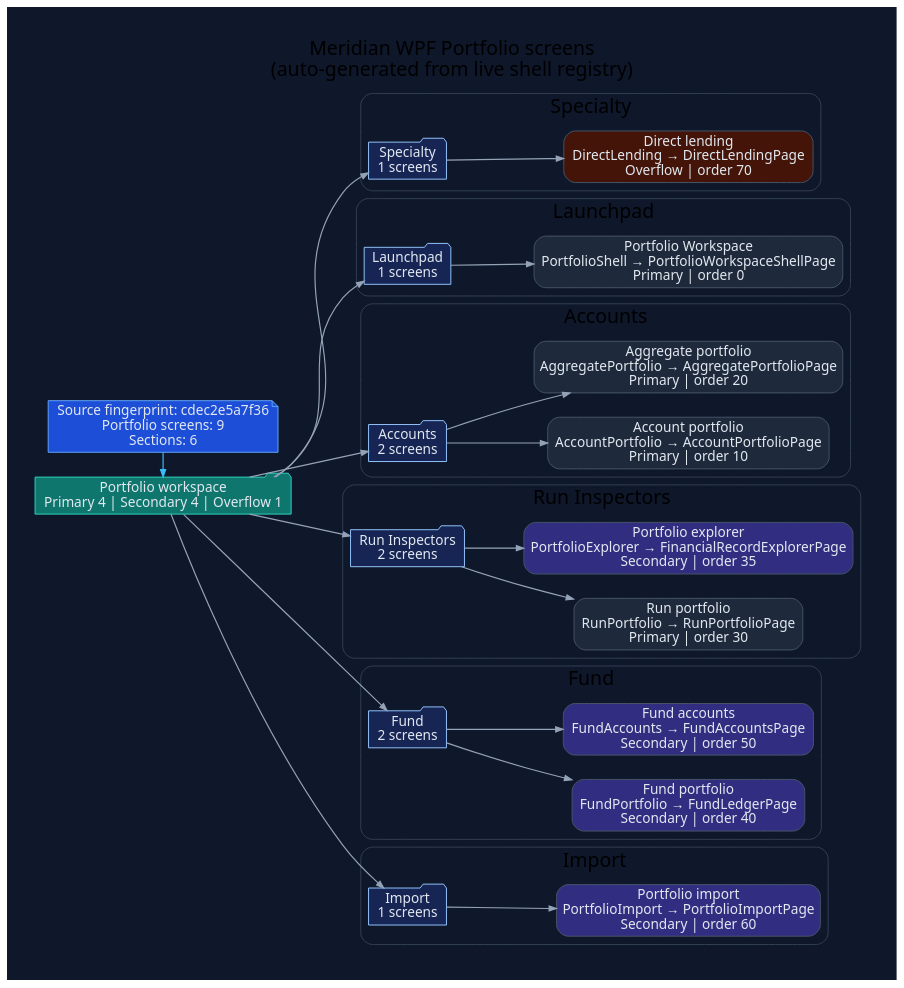
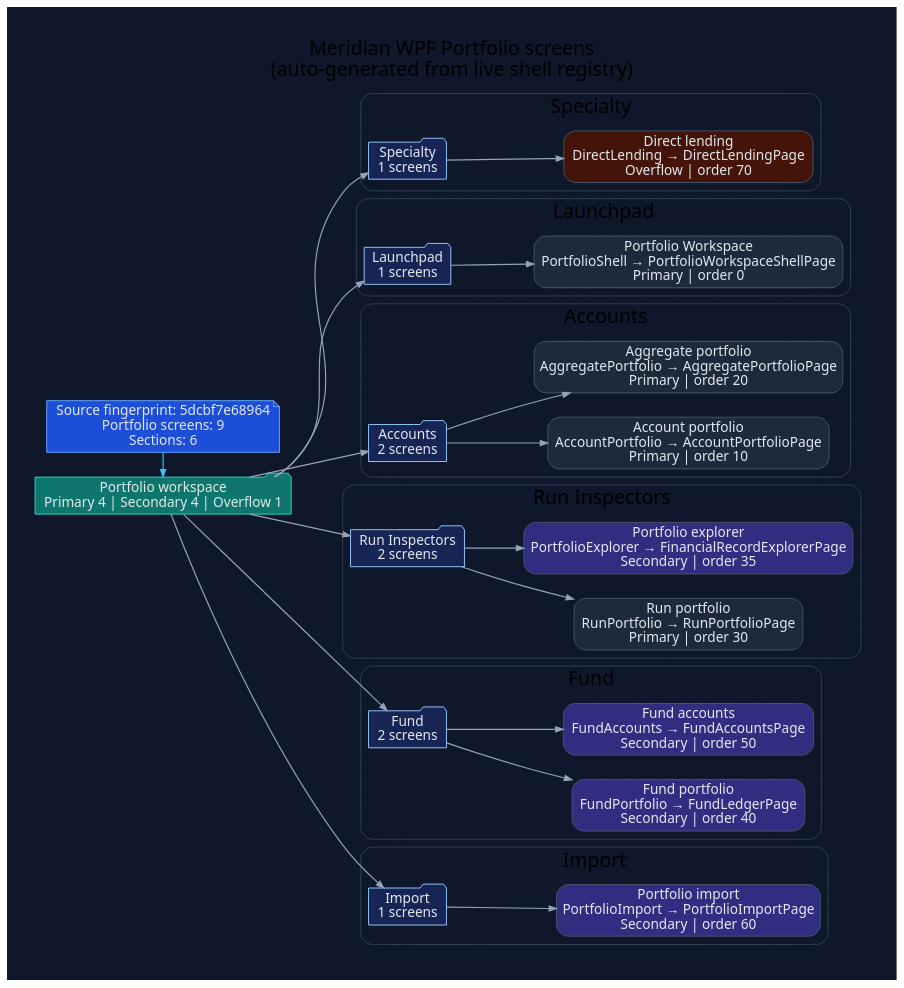
The diagram in docs/diagrams/ui/ui-wpf-screens-portfolio.dot (rodoHasArrived/Meridian-main), drawn with Graphviz before and after one commit. The commit also changed 49 other files, not shown here.

```diff
--- a/docs/diagrams/ui/ui-wpf-screens-portfolio.dot
+++ b/docs/diagrams/ui/ui-wpf-screens-portfolio.dot
@@ -1,92 +1,92 @@
 // -----------------------------------------------------------------------------
 // <auto-generated>
 // Generated by scripts/generate-diagrams.mjs.
 // Do not edit this file directly; update the WPF source files instead.
 // -----------------------------------------------------------------------------
 digraph WpfPortfolioScreens {
   graph [
     rankdir=LR,
     labelloc=t,
     label="Meridian WPF Portfolio screens\n(auto-generated from live shell registry)",
     fontname="Segoe UI",
     fontsize=20,
     pad=0.4,
     nodesep=0.35,
     ranksep=0.85,
     bgcolor="#0f172a"
   ];
   node [fontname="Segoe UI", shape=box, style="rounded,filled", color="#475569", fontcolor="#e2e8f0", fillcolor="#1e293b"];
   edge [fontname="Segoe UI", color="#94a3b8", penwidth=1.2, arrowsize=0.75];
 
-  generated [shape=note, fillcolor="#1d4ed8", color="#60a5fa", label="Source fingerprint: cdec2e5a7f36\nPortfolio screens: 9\nSections: 6"];
+  generated [shape=note, fillcolor="#1d4ed8", color="#60a5fa", label="Source fingerprint: 5dcbf7e68964\nPortfolio screens: 9\nSections: 6"];
   workspace [shape=folder, fillcolor="#0f766e", color="#2dd4bf", label="Portfolio workspace\nPrimary 4 | Secondary 4 | Overflow 1"];
   generated -> workspace [color="#38bdf8"];
 
   subgraph cluster_section_1 {
     label="Specialty";
     color="#334155";
     style="rounded";
     section_1 [shape=folder, fillcolor="#172554", color="#93c5fd", label="Specialty\n1 screens"];
     workspace -> section_1;
     screen_DirectLending [fillcolor="#431407", label="Direct lending\nDirectLending → DirectLendingPage\nOverflow | order 70"];
     section_1 -> screen_DirectLending;
   }
 
   subgraph cluster_section_2 {
     label="Launchpad";
     color="#334155";
     style="rounded";
     section_2 [shape=folder, fillcolor="#172554", color="#93c5fd", label="Launchpad\n1 screens"];
     workspace -> section_2;
     screen_PortfolioShell [fillcolor="#1e293b", label="Portfolio Workspace\nPortfolioShell → PortfolioWorkspaceShellPage\nPrimary | order 0"];
     section_2 -> screen_PortfolioShell;
   }
 
   subgraph cluster_section_3 {
     label="Accounts";
     color="#334155";
     style="rounded";
     section_3 [shape=folder, fillcolor="#172554", color="#93c5fd", label="Accounts\n2 screens"];
     workspace -> section_3;
     screen_AccountPortfolio [fillcolor="#1e293b", label="Account portfolio\nAccountPortfolio → AccountPortfolioPage\nPrimary | order 10"];
     section_3 -> screen_AccountPortfolio;
     screen_AggregatePortfolio [fillcolor="#1e293b", label="Aggregate portfolio\nAggregatePortfolio → AggregatePortfolioPage\nPrimary | order 20"];
     section_3 -> screen_AggregatePortfolio;
   }
 
   subgraph cluster_section_4 {
     label="Run Inspectors";
     color="#334155";
     style="rounded";
     section_4 [shape=folder, fillcolor="#172554", color="#93c5fd", label="Run Inspectors\n2 screens"];
     workspace -> section_4;
     screen_RunPortfolio [fillcolor="#1e293b", label="Run portfolio\nRunPortfolio → RunPortfolioPage\nPrimary | order 30"];
     section_4 -> screen_RunPortfolio;
     screen_PortfolioExplorer [fillcolor="#312e81", label="Portfolio explorer\nPortfolioExplorer → FinancialRecordExplorerPage\nSecondary | order 35"];
     section_4 -> screen_PortfolioExplorer;
   }
 
   subgraph cluster_section_5 {
     label="Fund";
     color="#334155";
     style="rounded";
     section_5 [shape=folder, fillcolor="#172554", color="#93c5fd", label="Fund\n2 screens"];
     workspace -> section_5;
     screen_FundPortfolio [fillcolor="#312e81", label="Fund portfolio\nFundPortfolio → FundLedgerPage\nSecondary | order 40"];
     section_5 -> screen_FundPortfolio;
     screen_FundAccounts [fillcolor="#312e81", label="Fund accounts\nFundAccounts → FundAccountsPage\nSecondary | order 50"];
     section_5 -> screen_FundAccounts;
   }
 
   subgraph cluster_section_6 {
     label="Import";
     color="#334155";
     style="rounded";
     section_6 [shape=folder, fillcolor="#172554", color="#93c5fd", label="Import\n1 screens"];
     workspace -> section_6;
     screen_PortfolioImport [fillcolor="#312e81", label="Portfolio import\nPortfolioImport → PortfolioImportPage\nSecondary | order 60"];
     section_6 -> screen_PortfolioImport;
   }
 
   { rank=min; generated; workspace; }
 }
```
